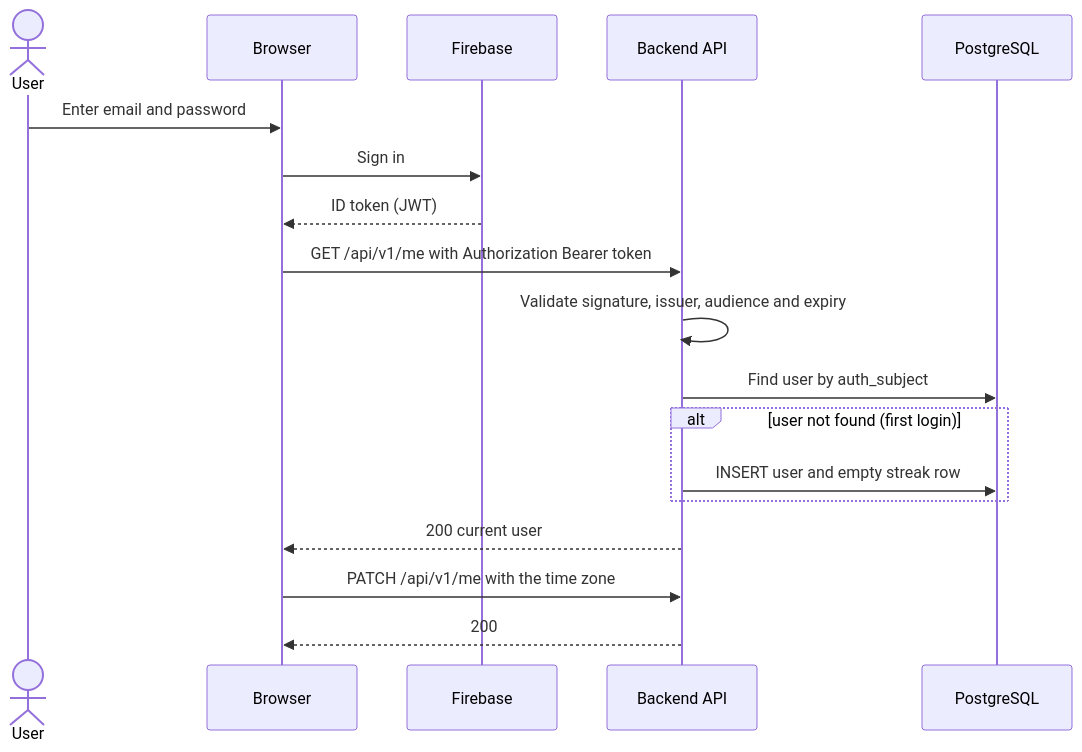
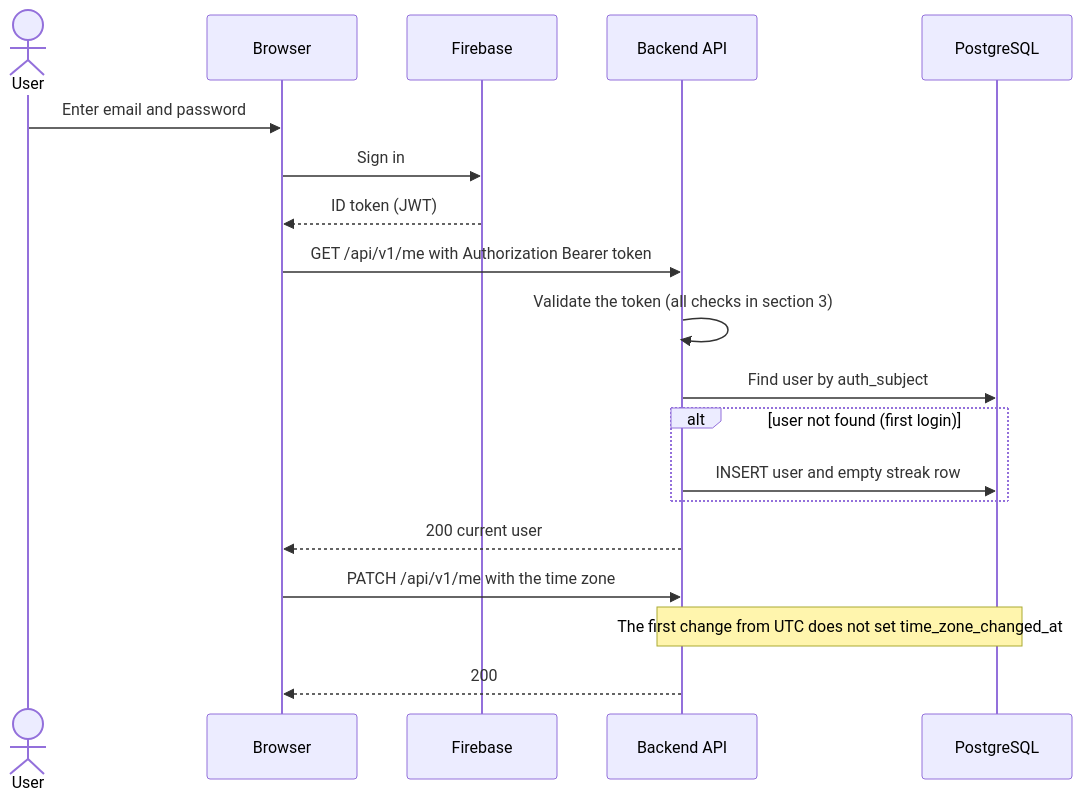
One commit to Kerolly/software_engineering_II changed the first of 10 diagrams in docs/design/flows.md. Above: the diagram before and after it, drawn with Mermaid. The commit also changed other lines of this file and 2 other files, not shown here.

````diff
--- a/docs/design/flows.md
+++ b/docs/design/flows.md
@@ -9,21 +9,22 @@
 ```mermaid
 sequenceDiagram
     actor User
     participant B as Browser
     participant FB as Firebase
     participant API as Backend API
     participant DB as PostgreSQL
 
     User->>B: Enter email and password
     B->>FB: Sign in
     FB-->>B: ID token (JWT)
     B->>API: GET /api/v1/me with Authorization Bearer token
-    API->>API: Validate signature, issuer, audience and expiry
+    API->>API: Validate the token (all checks in section 3)
     API->>DB: Find user by auth_subject
     alt user not found (first login)
         API->>DB: INSERT user and empty streak row
     end
     API-->>B: 200 current user
     B->>API: PATCH /api/v1/me with the time zone
+    Note over API,DB: The first change from UTC does not set time_zone_changed_at
     API-->>B: 200
 ```
````
